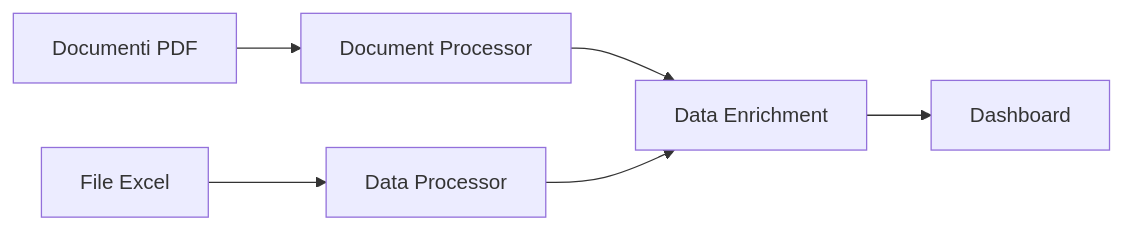
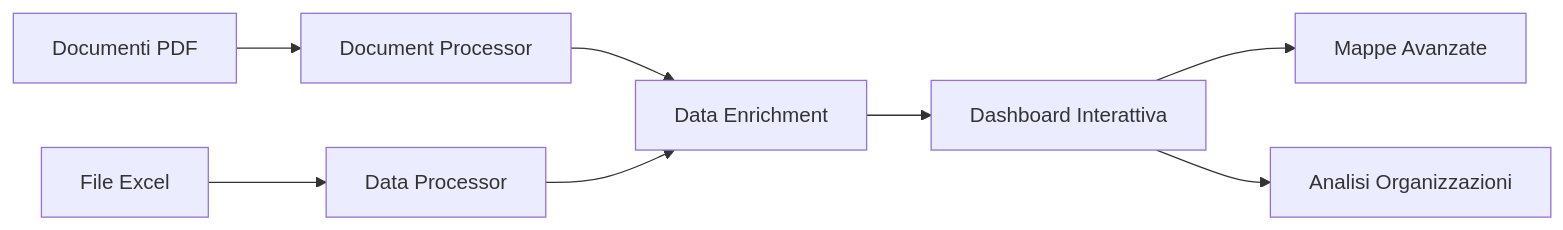
Before and after one commit to CosimoMelella92/MIDA-Missioni-Internazionali-e-Dati-Analitici: the diagram in README.md, drawn with Mermaid. The commit also changed other lines of this file and 4 other files, not shown here.

Commit message:
dashboard e mappe

````diff
--- a/README.md
+++ b/README.md
@@ -29,8 +35,10 @@
 ```mermaid
 graph LR
     A[Documenti PDF] --> B[Document Processor]
     C[File Excel] --> D[Data Processor]
     B --> E[Data Enrichment]
     D --> E
-    E --> F[Dashboard]
+    E --> F[Dashboard Interattiva]
+    F --> G[Mappe Avanzate]
+    F --> H[Analisi Organizzazioni]
 ```
````
